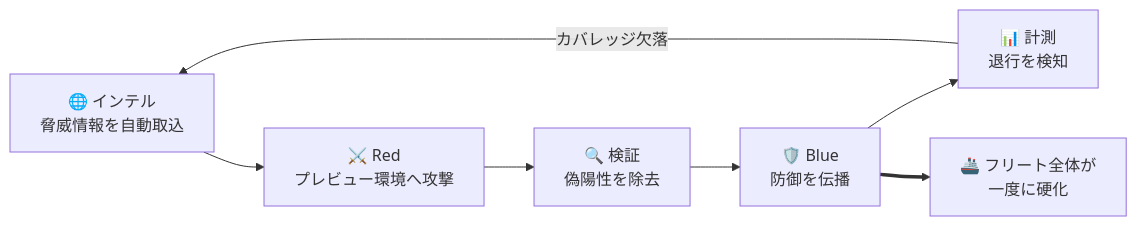
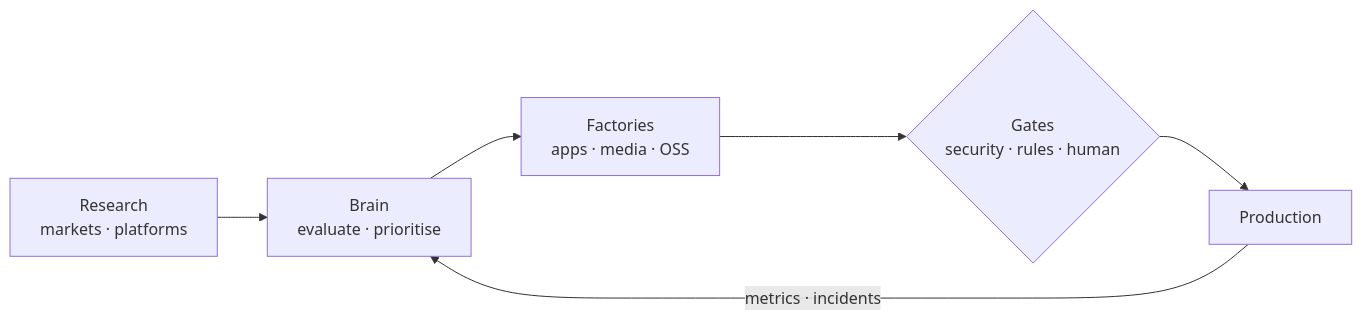
The diagram in README.md (keitaro-kaneko/keitaro-kaneko), drawn with Mermaid before and after one commit. The commit also changed other lines of this file, not shown here.

````diff
--- a/README.md
+++ b/README.md
@@ -210,9 +31,8 @@
 ```mermaid
 flowchart LR
-    I["🌐 インテル<br/>脅威情報を自動取込"] --> R["⚔️ Red<br/>プレビュー環境へ攻撃"]
-    R --> V["🔍 検証<br/>偽陽性を除去"]
-    V --> B["🛡️ Blue<br/>防御を伝播"]
-    B --> M["📊 計測<br/>退行を検知"]
-    M -->|"カバレッジ欠落"| I
-    B ==> F["🚢 フリート全体が<br/>一度に硬化"]
+  R["Research<br/>markets · platforms"] --> B["Brain<br/>evaluate · prioritise"]
+  B --> F["Factories<br/>apps · media · OSS"]
+  F --> G{"Gates<br/>security · rules · human"}
+  G --> P["Production"]
+  P -- "metrics · incidents" --> B
 ```
````
